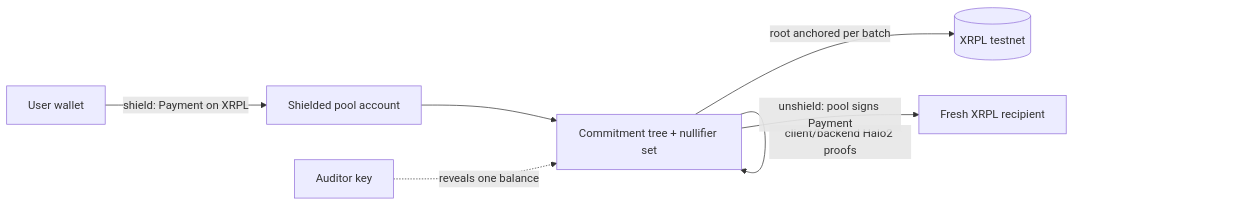
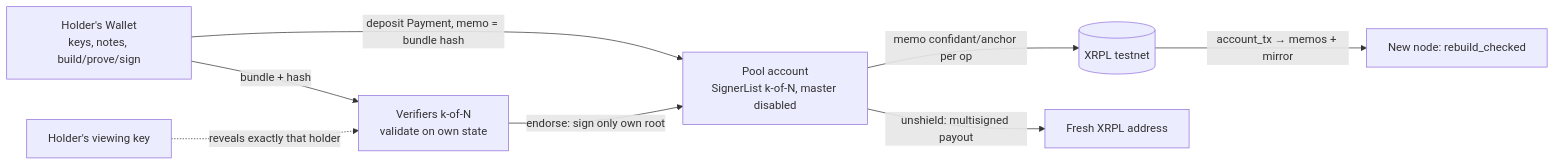
Before and after one commit to kupermind/confidant: the diagram in SPEC.md, drawn with Mermaid. The commit also changed other lines of this file and 7 other files, not shown here.

````diff
--- a/SPEC.md
+++ b/SPEC.md
@@ -16,9 +63,10 @@
 ```mermaid
 flowchart LR
-  U[User wallet] -->|shield: Payment on XRPL| P[Shielded pool account]
-  P --> T[Commitment tree + nullifier set]
-  T -->|client/backend Halo2 proofs| T
-  T -->|root anchored per batch| X[(XRPL testnet)]
-  T -->|unshield: pool signs Payment| R[Fresh XRPL recipient]
-  A[Auditor key] -.->|reveals one balance| T
+  W[Holder's Wallet<br/>keys, notes, build/prove/sign] -->|bundle + hash| V[Verifiers k-of-N<br/>validate on own state]
+  W -->|deposit Payment, memo = bundle hash| P[Pool account<br/>SignerList k-of-N, master disabled]
+  V -->|endorse: sign only own root| P
+  P -->|memo confidant/anchor per op| X[(XRPL testnet)]
+  P -->|unshield: multisigned payout| R[Fresh XRPL address]
+  X -->|account_tx → memos + mirror| N[New node: rebuild_checked]
+  A[Holder's viewing key] -.->|reveals exactly that holder| V
 ```
````
